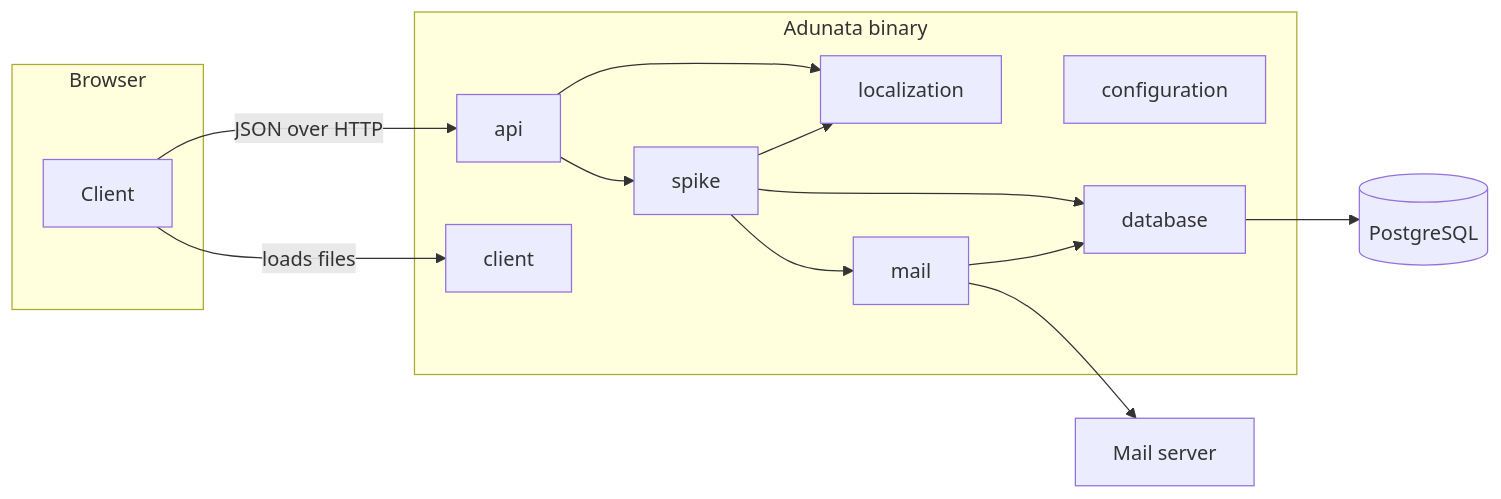
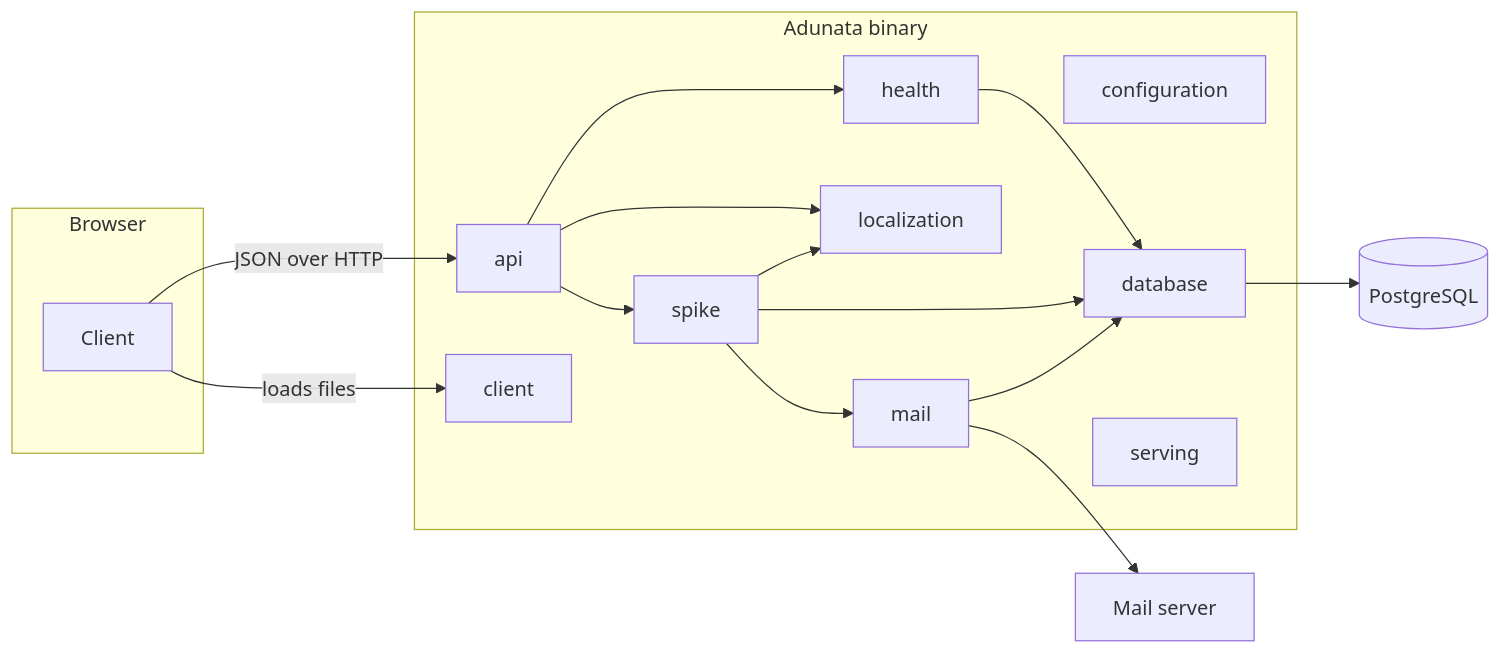
Before and after one commit to kammerchor-wernigerode/adunata: the diagram in docs/arc42/05-building-block-view.md, drawn with Mermaid. The commit also changed other lines of this file and 3 other files, not shown here.

````diff
--- a/docs/arc42/05-building-block-view.md
+++ b/docs/arc42/05-building-block-view.md
@@ -7,25 +7,29 @@
 ```mermaid
 flowchart LR
   subgraph browser[Browser]
     client[Client]
   end
   subgraph binary[Adunata binary]
     api[api]
     clientModule[client]
     configuration[configuration]
     database[database]
+    health[health]
     localization[localization]
     mail[mail]
     spike[spike]
+    serving[serving]
   end
   client -- JSON over HTTP --> api
   client -- loads files --> clientModule
   api --> spike
   api --> localization
+  api --> health
+  health --> database
   spike --> database
   spike --> mail
   spike --> localization
   mail --> database
   database --> postgres[(PostgreSQL)]
   mail --> smtp[Mail server]
 ```
````
